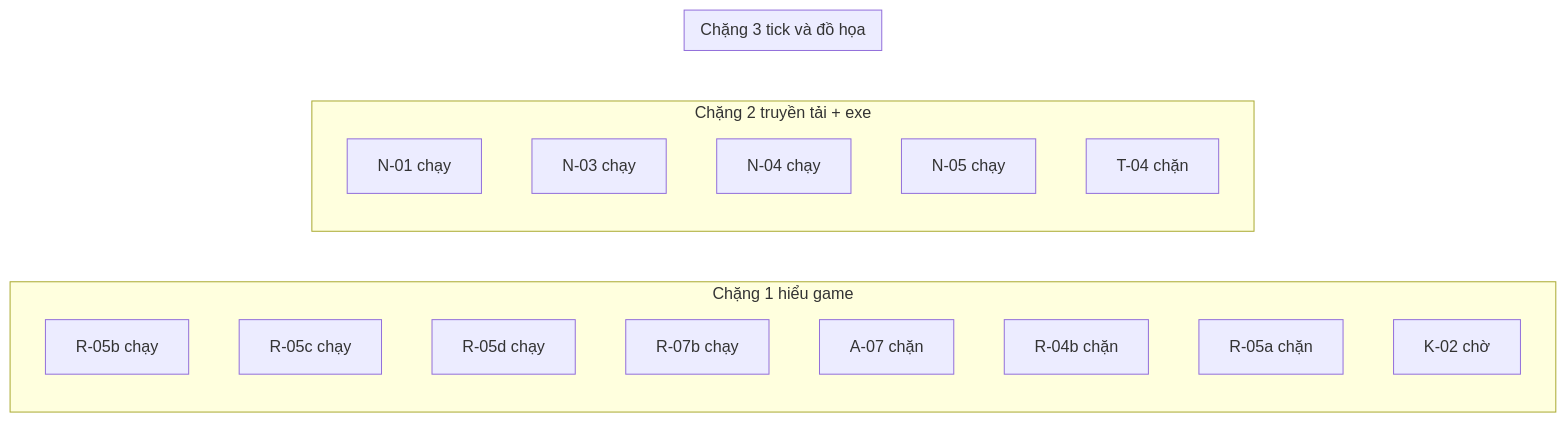
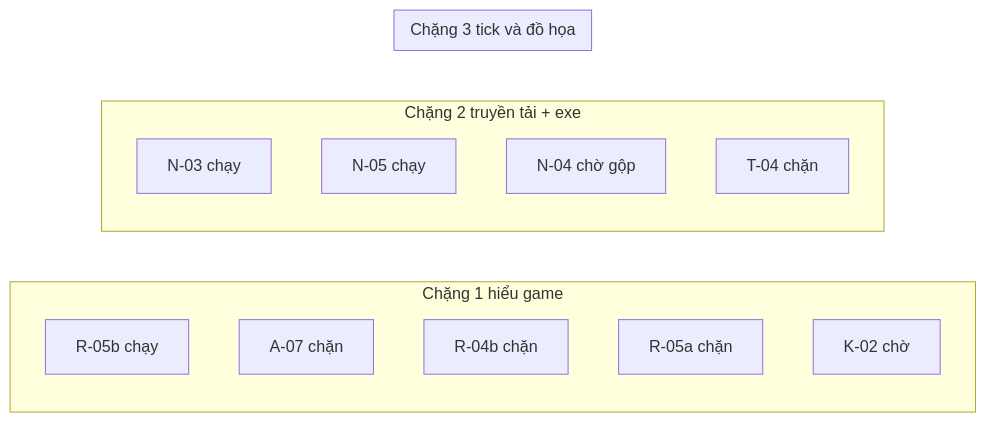
Before and after one commit to ndtangoss-dev/jx1-reports: the diagram in JX1_OPS/STATE/TIEN-DO.md, drawn with Mermaid. The commit also changed other lines of this file and 3 other files, not shown here.

````diff
--- a/JX1_OPS/STATE/TIEN-DO.md
+++ b/JX1_OPS/STATE/TIEN-DO.md
@@ -9,22 +9,18 @@
 ```mermaid
 flowchart LR
   subgraph S1["Chặng 1 hiểu game"]
     R_05b["R-05b chạy"]
-    R_05c["R-05c chạy"]
-    R_05d["R-05d chạy"]
-    R_07b["R-07b chạy"]
     A_07["A-07 chặn"]
     R_04b["R-04b chặn"]
     R_05a["R-05a chặn"]
     K_02["K-02 chờ"]
   end
   subgraph S2["Chặng 2 truyền tải + exe"]
-    N_01["N-01 chạy"]
     N_03["N-03 chạy"]
-    N_04["N-04 chạy"]
     N_05["N-05 chạy"]
+    N_04["N-04 chờ gộp"]
     T_04["T-04 chặn"]
   end
   subgraph S3["Chặng 3 tick và đồ họa"]
   end
 ```
````
